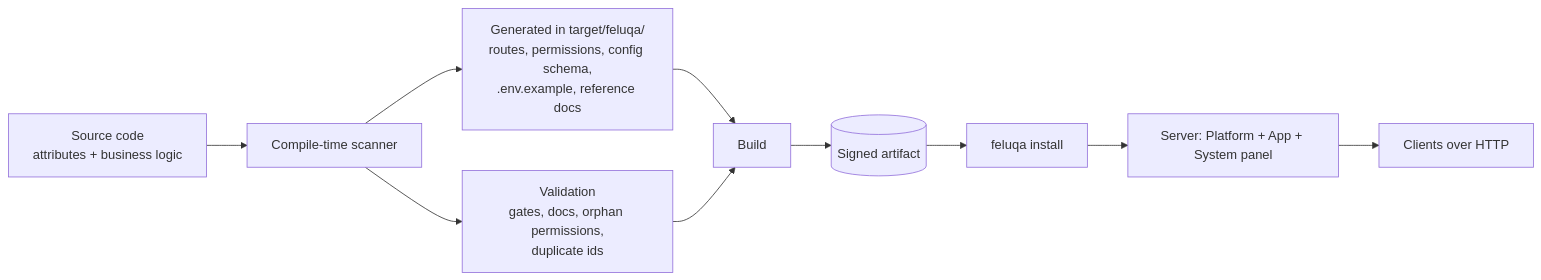
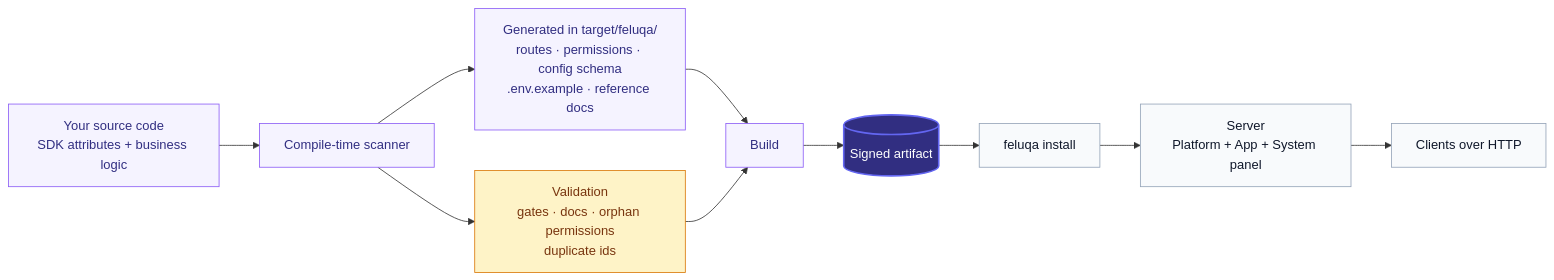
Before and after one commit to emyassine/base-feluka: the second of 3 diagrams in docs/guides/first/01-welcome/03-architecture-overview.en.md, drawn with Mermaid. The commit also changed other lines of this file and 2 other files, not shown here.

````diff
--- a/docs/guides/first/01-welcome/03-architecture-overview.en.md
+++ b/docs/guides/first/01-welcome/03-architecture-overview.en.md
@@ -32,12 +104,22 @@
 ```mermaid
 flowchart LR
-    A[Source code<br/>attributes + business logic] --> B[Compile-time scanner]
-    B --> C[Generated in target/feluqa/<br/>routes, permissions, config schema,<br/>.env.example, reference docs]
-    B --> D[Validation<br/>gates, docs, orphan permissions,<br/>duplicate ids]
-    C --> E[Build]
+    A["Your source code<br/>SDK attributes + business logic"] --> B["Compile-time scanner"]
+    B --> C["Generated in target/feluqa/<br/>routes · permissions · config schema<br/>.env.example · reference docs"]
+    B --> D["Validation<br/>gates · docs · orphan permissions<br/>duplicate ids"]
+    C --> E["Build"]
     D --> E
-    E --> F[(Signed artifact)]
-    F --> G[feluqa install]
-    G --> H[Server: Platform + App + System panel]
-    H --> I[Clients over HTTP]
+    E --> F[("Signed artifact")]
+    F --> G["feluqa install"]
+    G --> H["Server<br/>Platform + App + System panel"]
+    H --> I["Clients over HTTP"]
+
+    classDef step fill:#f5f3ff,color:#312e81,stroke:#8b5cf6
+    classDef check fill:#fef3c7,color:#78350f,stroke:#d97706
+    classDef artifact fill:#312e81,color:#ffffff,stroke:#6366f1,stroke-width:2px
+    classDef runtime fill:#f8fafc,color:#0f172a,stroke:#94a3b8
+
+    class A,B,C,E step
+    class D check
+    class F artifact
+    class G,H,I runtime
 ```
````
